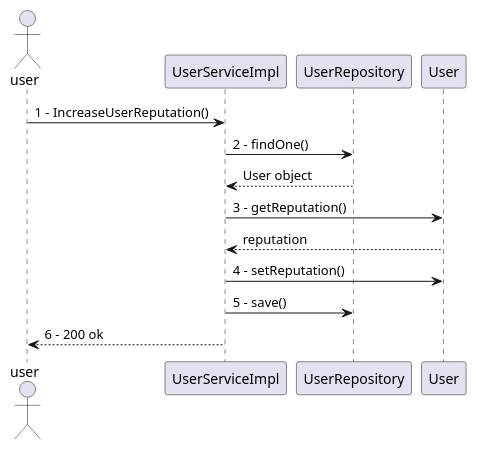
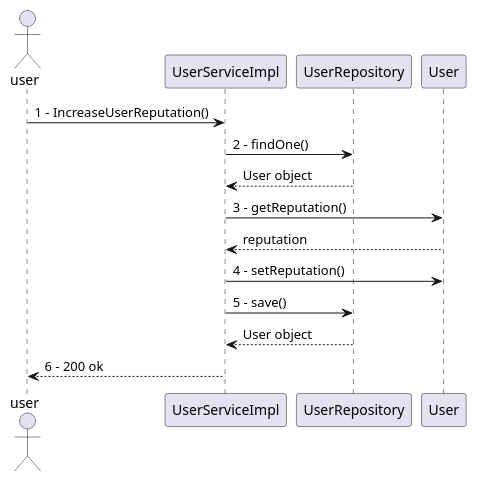
One commit to polito-se2-2020-team6/ezgas changed diagram 14 of 15 in docs/DesignDocument.md. Above: the diagram before and after it, drawn with PlantUML. The commit also changed other lines of this file, not shown here.

Commit message:
docs: fix sequence diagrams

````diff
--- a/docs/DesignDocument.md
+++ b/docs/DesignDocument.md
@@ -607,13 +608,14 @@
 ```plantuml
 @startuml
 actor user as u
 u -> UserServiceImpl : 1 - IncreaseUserReputation()
 UserServiceImpl -> UserRepository : 2 - findOne()
 UserRepository --> UserServiceImpl : User object
 UserServiceImpl -> User: 3 - getReputation()
 User --> UserServiceImpl : reputation
 UserServiceImpl -> User: 4 - setReputation()
 UserServiceImpl -> UserRepository : 5 - save()
+UserRepository --> UserServiceImpl :User object
 UserServiceImpl --> u : 6 - 200 ok
 @enduml
 ```
````
